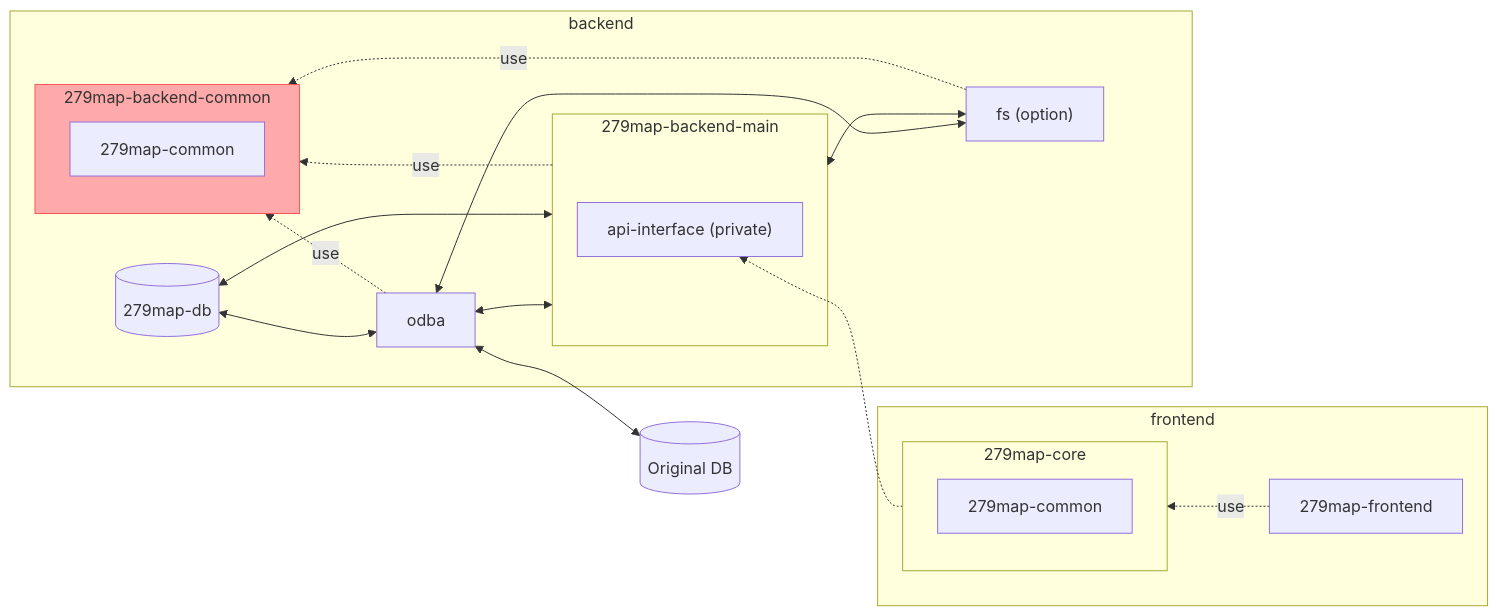
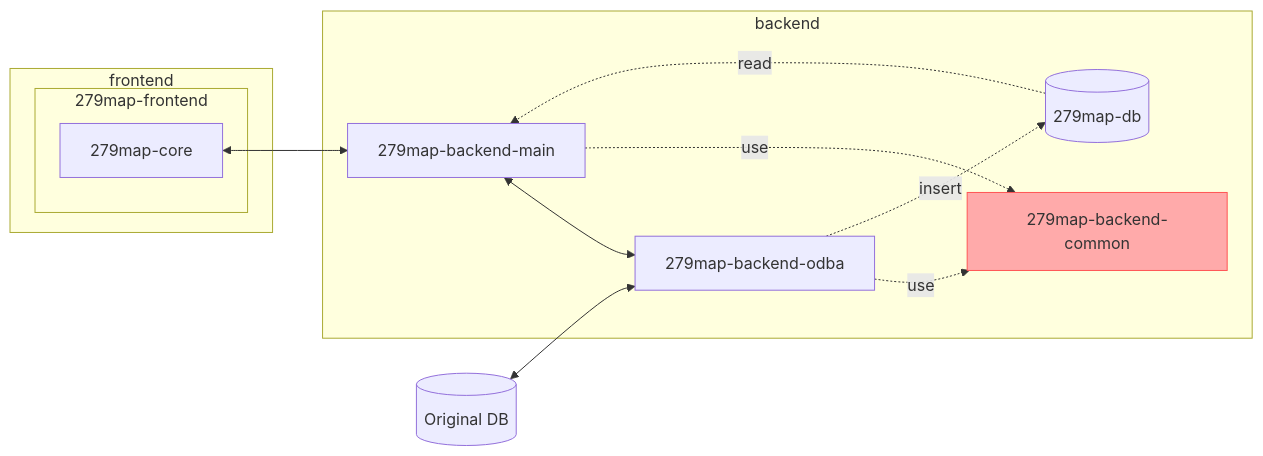
Before and after one commit to satocheeen/279map: the diagram in 279map-backend-main/279map-backend-common/README.md, drawn with Mermaid. The commit also changed 3 other files, not shown here.

````diff
--- a/279map-backend-main/279map-backend-common/README.md
+++ b/279map-backend-main/279map-backend-common/README.md
@@ -4,34 +4,24 @@
 ```mermaid
-flowchart RL
+flowchart LR
 	subgraph frontend
-		subgraph 279map-core
-			279map-common-core["279map-common"]
+		subgraph 279map-frontend
+			279map-core
 		end
-		279map-frontend -. use .-> 279map-core
 	end
 
 	subgraph backend
 		db[("279map-db")]
+		279map-backend-main
 
-		subgraph 279map-backend-main
-			api-interface["api-interface (private)"]
-		end
+		279map-backend-main <--> odba["279map-backend-odba"]
+		odba-."use".->279map-backend-common
+		279map-backend-main-."use".->279map-backend-common
 
-		subgraph 279map-backend-common
-			279map-common-backend["279map-common"]
-		end
-
-		279map-backend-main <--> odba
-		279map-backend-main <--> db
-		odba <--> db
-		fs["fs (option)"] <--> 279map-backend-main
-		fs <--> odba
-		279map-backend-main -. use .-> 279map-backend-common
-		odba -. use .-> 279map-backend-common
-		fs -. use .-> 279map-backend-common
+		db -.read.-> 279map-backend-main
+		odba -.insert.-> db
 	end
-	279map-core -.-> api-interface
+	279map-core <--> 279map-backend-main
 	original-db[("Original DB")] <--> odba
-
+	
 	style 279map-backend-common fill:#faa, stroke:#f55
 ```
````
